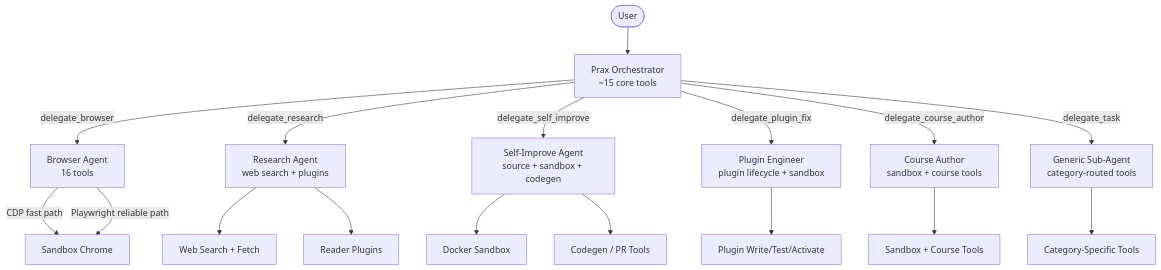
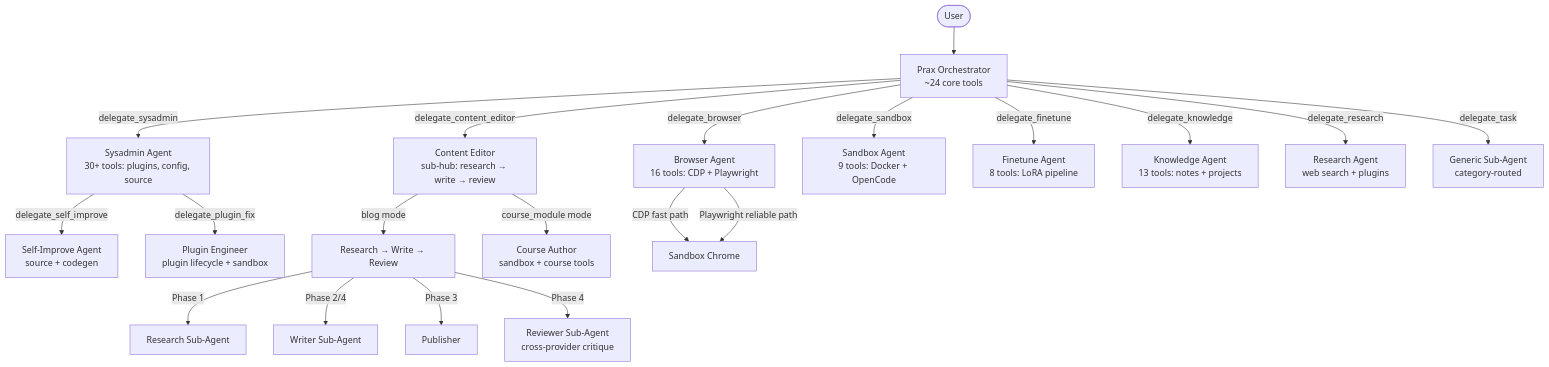
Diagram 18 of 29 in README.md (praxagent/prax), drawn with Mermaid before and after one commit. The commit also changed other lines of this file and 104 other files, not shown here.

````diff
--- a/README.md
+++ b/README.md
@@ -1115,21 +1135,27 @@
 ```mermaid
 graph TB
-    User([User]) --> Prax[Prax Orchestrator<br/>~15 core tools]
+    User([User]) --> Prax[Prax Orchestrator<br/>~24 core tools]
 
-    Prax -->|delegate_browser| Browser[Browser Agent<br/>16 tools]
+    Prax -->|delegate_browser| Browser[Browser Agent<br/>16 tools: CDP + Playwright]
+    Prax -->|delegate_content_editor| Content[Content Editor<br/>sub-hub: research → write → review]
+    Prax -->|delegate_sysadmin| Sysadmin[Sysadmin Agent<br/>30+ tools: plugins, config, source]
+    Prax -->|delegate_sandbox| Sandbox[Sandbox Agent<br/>9 tools: Docker + OpenCode]
+    Prax -->|delegate_finetune| Finetune[Finetune Agent<br/>8 tools: LoRA pipeline]
+    Prax -->|delegate_knowledge| Knowledge[Knowledge Agent<br/>13 tools: notes + projects]
     Prax -->|delegate_research| Research[Research Agent<br/>web search + plugins]
-    Prax -->|delegate_self_improve| SelfImprove[Self-Improve Agent<br/>source + sandbox + codegen]
-    Prax -->|delegate_plugin_fix| PluginFix[Plugin Engineer<br/>plugin lifecycle + sandbox]
-    Prax -->|delegate_course_author| CourseAuthor[Course Author<br/>sandbox + course tools]
-    Prax -->|delegate_task| Generic[Generic Sub-Agent<br/>category-routed tools]
+    Prax -->|delegate_task| Generic[Generic Sub-Agent<br/>category-routed]
+
+    Sysadmin -->|delegate_self_improve| SelfImprove[Self-Improve Agent<br/>source + codegen]
+    Sysadmin -->|delegate_plugin_fix| PluginFix[Plugin Engineer<br/>plugin lifecycle + sandbox]
+
+    Content -->|blog mode| BlogPipeline[Research → Write → Review]
+    Content -->|course_module mode| CourseAuthor[Course Author<br/>sandbox + course tools]
+
+    BlogPipeline -->|Phase 1| Researcher[Research Sub-Agent]
+    BlogPipeline -->|Phase 2/4| Writer[Writer Sub-Agent]
+    BlogPipeline -->|Phase 3| Publisher[Publisher]
+    BlogPipeline -->|Phase 4| Reviewer[Reviewer Sub-Agent<br/>cross-provider critique]
 
     Browser -->|CDP fast path| Chrome[Sandbox Chrome]
     Browser -->|Playwright reliable path| Chrome
-    Research --> Web[Web Search + Fetch]
-    Research --> Plugins[Reader Plugins]
-    SelfImprove --> Sandbox[Docker Sandbox]
-    SelfImprove --> Codegen[Codegen / PR Tools]
-    PluginFix --> PluginTools[Plugin Write/Test/Activate]
-    CourseAuthor --> CourseSandbox[Sandbox + Course Tools]
-    Generic --> CategoryTools[Category-Specific Tools]
 ```
````
